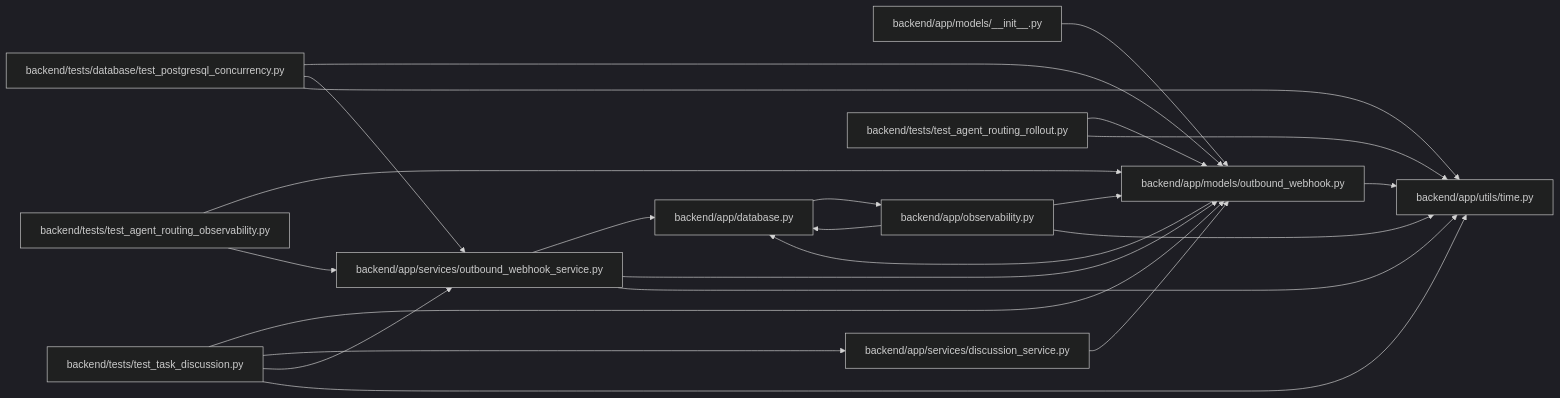
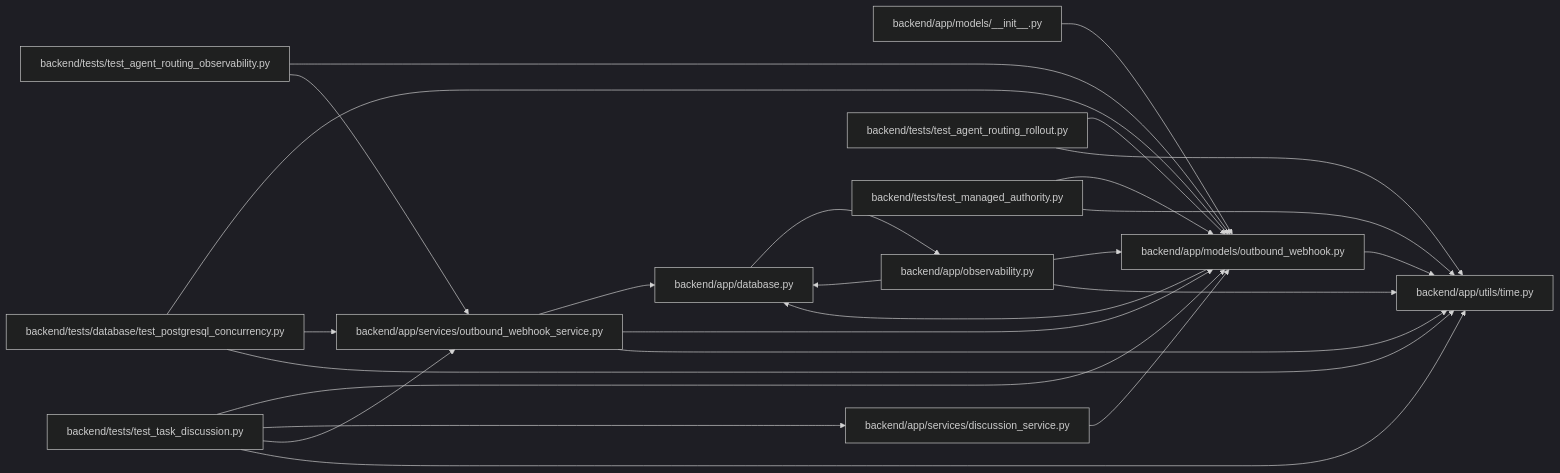
One commit to Denissvgn/WorkChord changed the diagram in docs/llm_wiki/modules/models_outbound_webhook.md. Above: the diagram before and after it, drawn with Mermaid (dark theme). The commit also changed other lines of this file and 353 other files, not shown here.

````diff
--- a/docs/llm_wiki/modules/models_outbound_webhook.md
+++ b/docs/llm_wiki/modules/models_outbound_webhook.md
@@ -24,47 +24,51 @@
 ```mermaid
 flowchart LR
     n0["backend/app/database.py"]
     n1["backend/app/models/__init__.py"]
     n2["backend/app/models/outbound_webhook.py"]
     n3["backend/app/observability.py"]
     n4["backend/app/services/discussion_service.py"]
     n5["backend/app/services/outbound_webhook_service.py"]
     n6["backend/app/utils/time.py"]
     n7["backend/tests/database/test_postgresql_concurrency.py"]
     n8["backend/tests/test_agent_routing_observability.py"]
     n9["backend/tests/test_agent_routing_rollout.py"]
-    n10["backend/tests/test_task_discussion.py"]
+    n10["backend/tests/test_managed_authority.py"]
+    n11["backend/tests/test_task_discussion.py"]
     n0 --> n3
     n1 --> n2
     n2 --> n0
     n2 --> n6
     n3 --> n0
     n3 --> n2
     n3 --> n6
     n4 --> n2
     n5 --> n0
     n5 --> n2
     n5 --> n6
     n7 --> n2
     n7 --> n5
     n7 --> n6
     n8 --> n2
     n8 --> n5
     n9 --> n2
     n9 --> n6
     n10 --> n2
-    n10 --> n4
-    n10 --> n5
     n10 --> n6
+    n11 --> n2
+    n11 --> n4
+    n11 --> n5
+    n11 --> n6
     click n0 "../modules/app_database.md"
     click n1 "../modules/models___init__.md"
     click n2 "../modules/models_outbound_webhook.md"
     click n3 "../modules/observability.md"
     click n4 "../modules/discussion_service.md"
     click n5 "../modules/outbound_webhook_service.md"
     click n6 "../modules/time.md"
     click n7 "../modules/test_postgresql_concurrency.md"
     click n8 "../modules/test_agent_routing_observability.md"
     click n9 "../modules/test_agent_routing_rollout.md"
-    click n10 "../modules/test_task_discussion.md"
+    click n10 "../modules/test_managed_authority.md"
+    click n11 "../modules/test_task_discussion.md"
 ```
````
